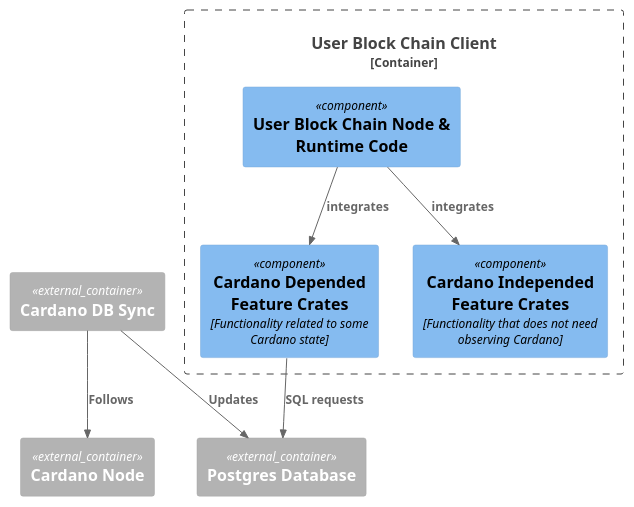
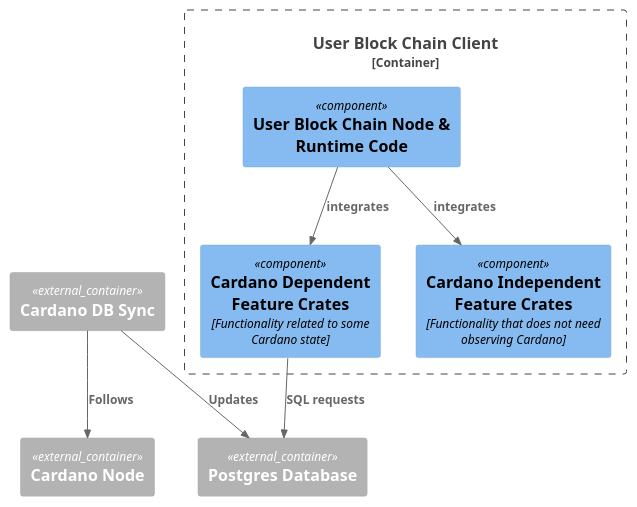
One commit to input-output-hk/partner-chains changed the diagram in docs/diagrams/c4/node_component.puml. Above: the diagram before and after it, drawn with PlantUML. The commit also changed 2 other files, not shown here.

```diff
--- a/docs/diagrams/c4/node_component.puml
+++ b/docs/diagrams/c4/node_component.puml
@@ -1,20 +1,20 @@
 @startuml
 !include https://raw.githubusercontent.com/plantuml-stdlib/C4-PlantUML/master/C4_Component.puml
 
 Container_Boundary(user_blockchain, "User Block Chain Client") {
   Component(user_node_and_runtime, "User Block Chain Node & Runtime Code")
-  Component(cardano_dependent_feature, "Cardano Depended Feature Crates", "Functionality related to some Cardano state")
-  Component(cardano_independent_feature, "Cardano Independed Feature Crates", "Functionality that does not need observing Cardano")
+  Component(cardano_dependent_feature, "Cardano Dependent Feature Crates", "Functionality related to some Cardano state")
+  Component(cardano_independent_feature, "Cardano Independent Feature Crates", "Functionality that does not need observing Cardano")
 }
 
 Container_Ext(postgres, "Postgres Database")
 Container_Ext(cardano_db_sync, "Cardano DB Sync")
 Container_Ext(cardano_node, "Cardano Node")
 
 Rel(user_node_and_runtime, cardano_dependent_feature, "integrates")
 Rel(user_node_and_runtime, cardano_independent_feature, "integrates")
 Rel(cardano_db_sync, postgres, "Updates")
 Rel(cardano_db_sync, cardano_node, "Follows")
 Rel(cardano_dependent_feature, postgres, "SQL requests")
 
 @enduml
```
